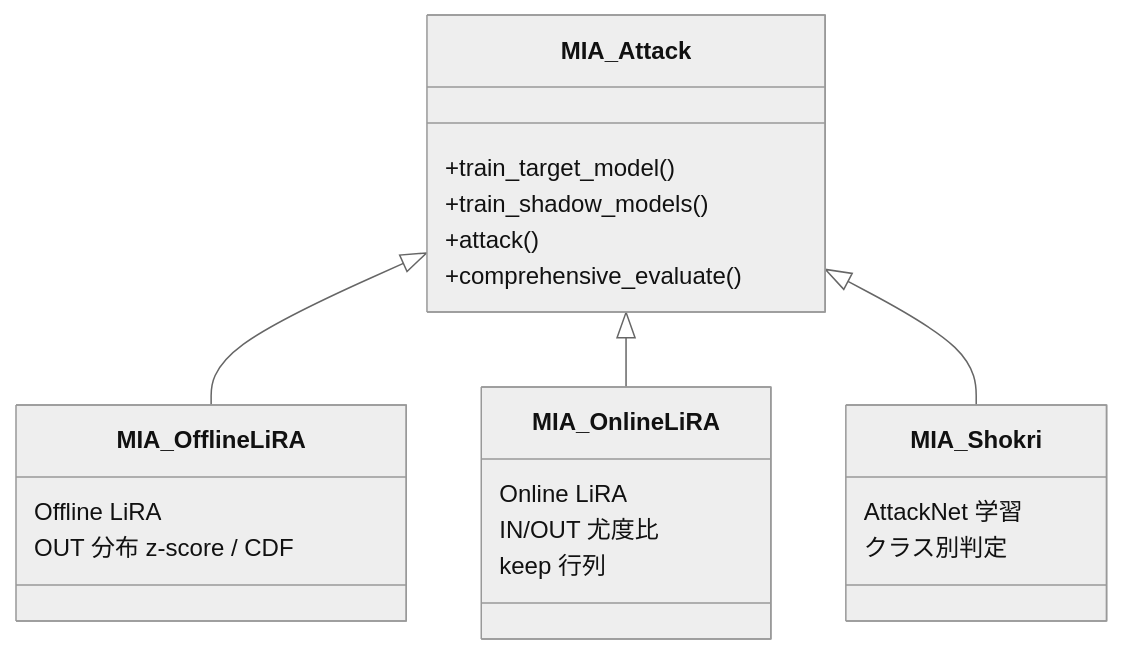
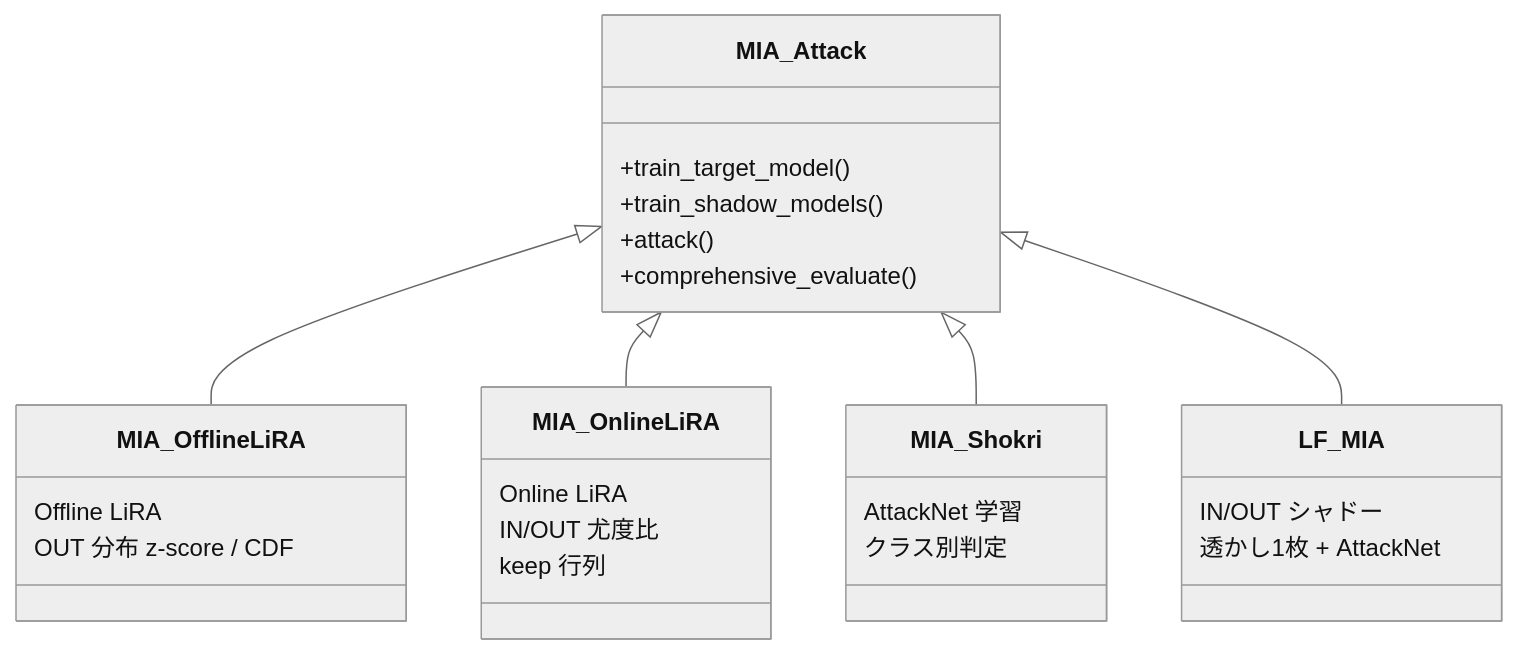
Diagram 11 of 14 in worker/docs/SPECIFICATION.md (GoldenPoisonedApple/MIAOS), drawn with Mermaid (neutral theme) before and after one commit. The commit also changed other lines of this file and 4 other files, not shown here.

````diff
--- a/worker/docs/SPECIFICATION.md
+++ b/worker/docs/SPECIFICATION.md
@@ -344,25 +385,30 @@
 ```mermaid
 classDiagram
     class MIA_Attack {
         +train_target_model()
         +train_shadow_models()
         +attack()
         +comprehensive_evaluate()
     }
     class MIA_OfflineLiRA {
         Offline LiRA
         OUT 分布 z-score / CDF
     }
     class MIA_OnlineLiRA {
         Online LiRA
         IN/OUT 尤度比
         keep 行列
     }
     class MIA_Shokri {
         AttackNet 学習
         クラス別判定
     }
+    class LF_MIA {
+        IN/OUT シャドー
+        透かし1枚 + AttackNet
+    }
     MIA_Attack <|-- MIA_OfflineLiRA
     MIA_Attack <|-- MIA_OnlineLiRA
     MIA_Attack <|-- MIA_Shokri
+    MIA_Attack <|-- LF_MIA
 ```
````
